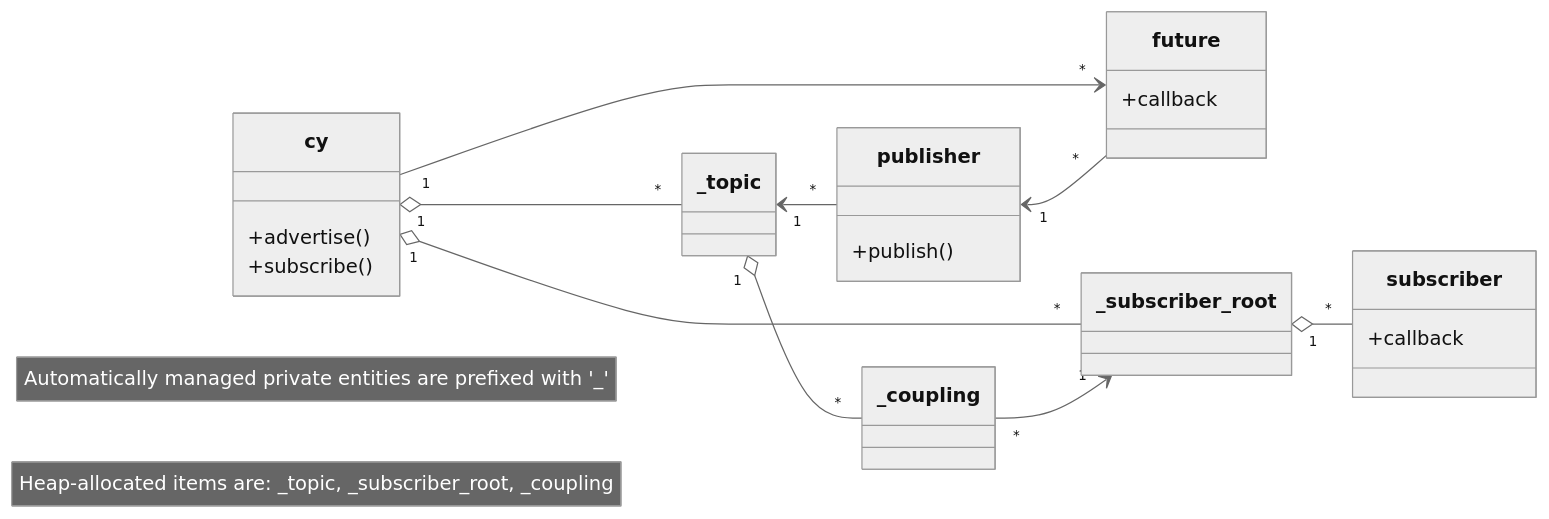
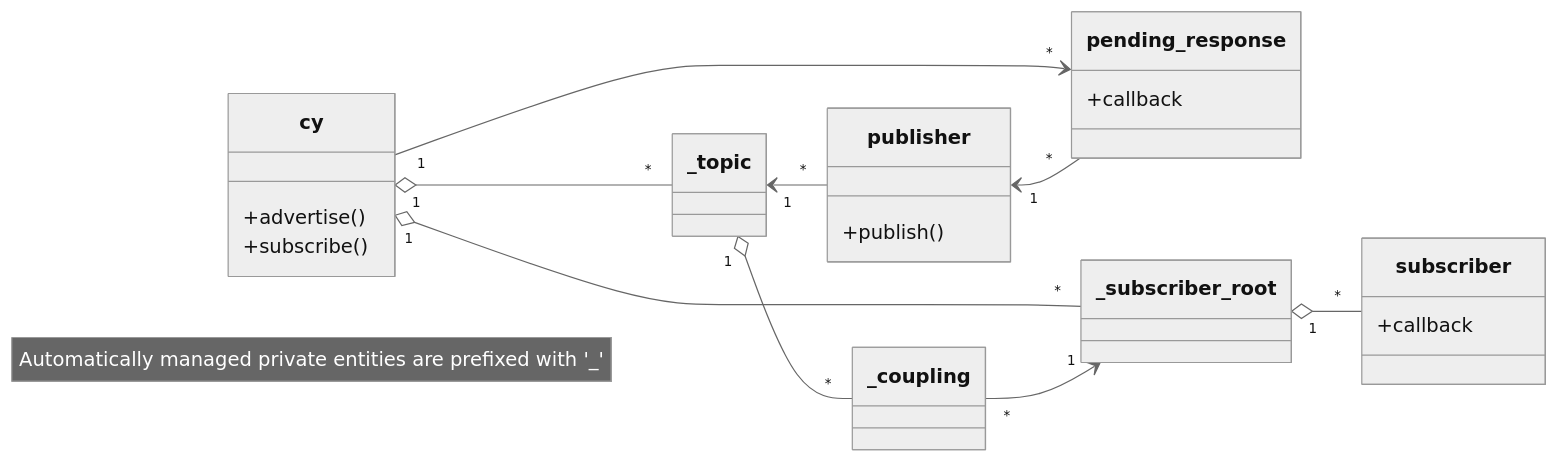
One commit to OpenCyphal-Garage/cy changed the diagram in README.md. Above: the diagram before and after it, drawn with Mermaid (neutral theme). The commit also changed other lines of this file and 31 other files, not shown here.

````diff
--- a/README.md
+++ b/README.md
@@ -290,27 +147,26 @@
 ```mermaid
 classDiagram
 direction LR
     class cy {
         +advertise()
         +subscribe()
     }
     class publisher {
         +publish()
     }
     class subscriber {
         +callback
     }
-    class future {
+    class pending_response {
         +callback
     }
     cy "1" o-- "*" _topic
     cy "1" o-- "*" _subscriber_root
-    cy "1" --> "*" future
+    cy "1" --> "*" pending_response
     _topic "1" o-- "*" _coupling
     _topic "1" <-- "*" publisher
-    publisher "1" <-- "*" future
+    publisher "1" <-- "*" pending_response
     _coupling "*" --> "1" _subscriber_root
     _subscriber_root "1" o-- "*" subscriber
     note "Automatically managed private entities are prefixed with '_'"
-    note "Heap-allocated items are: _topic, _subscriber_root, _coupling"
 ```
````
